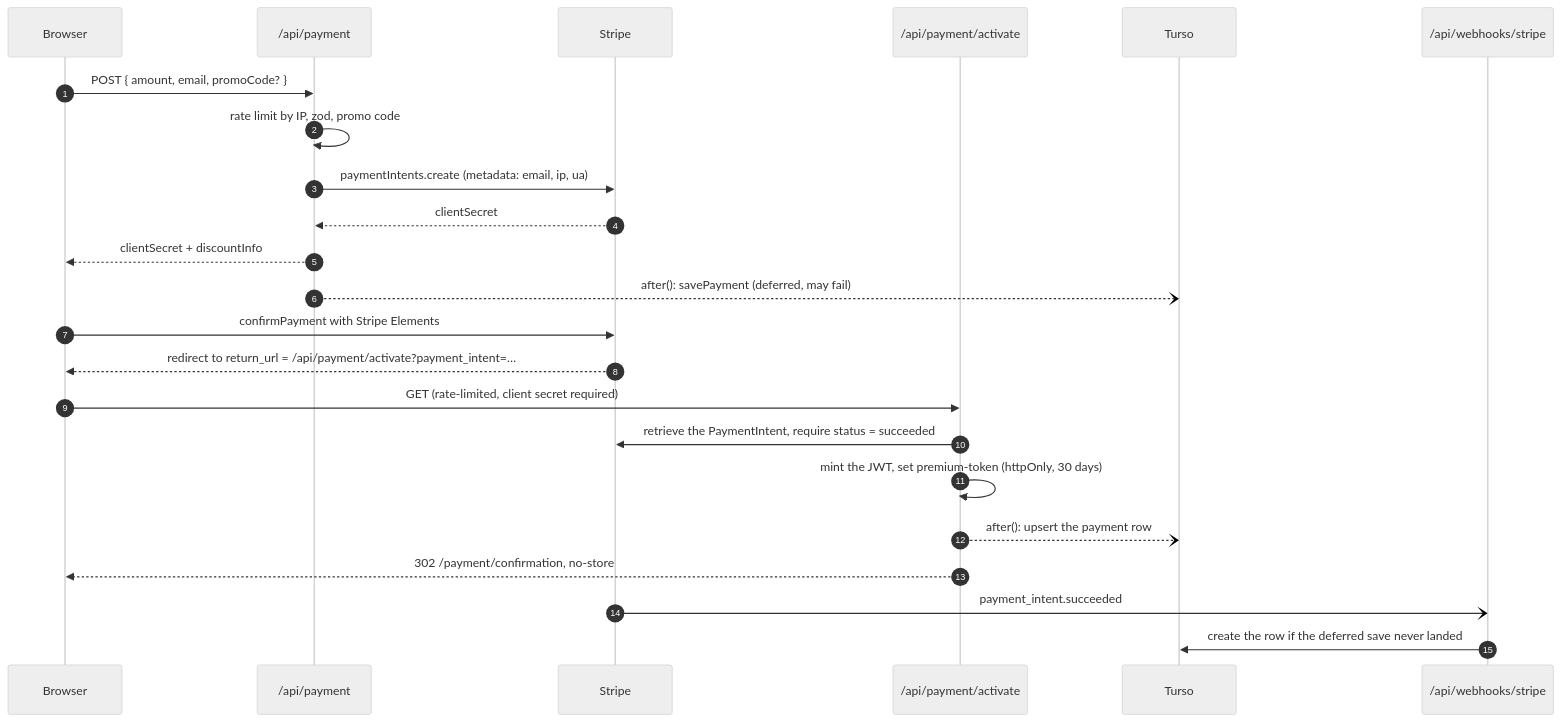
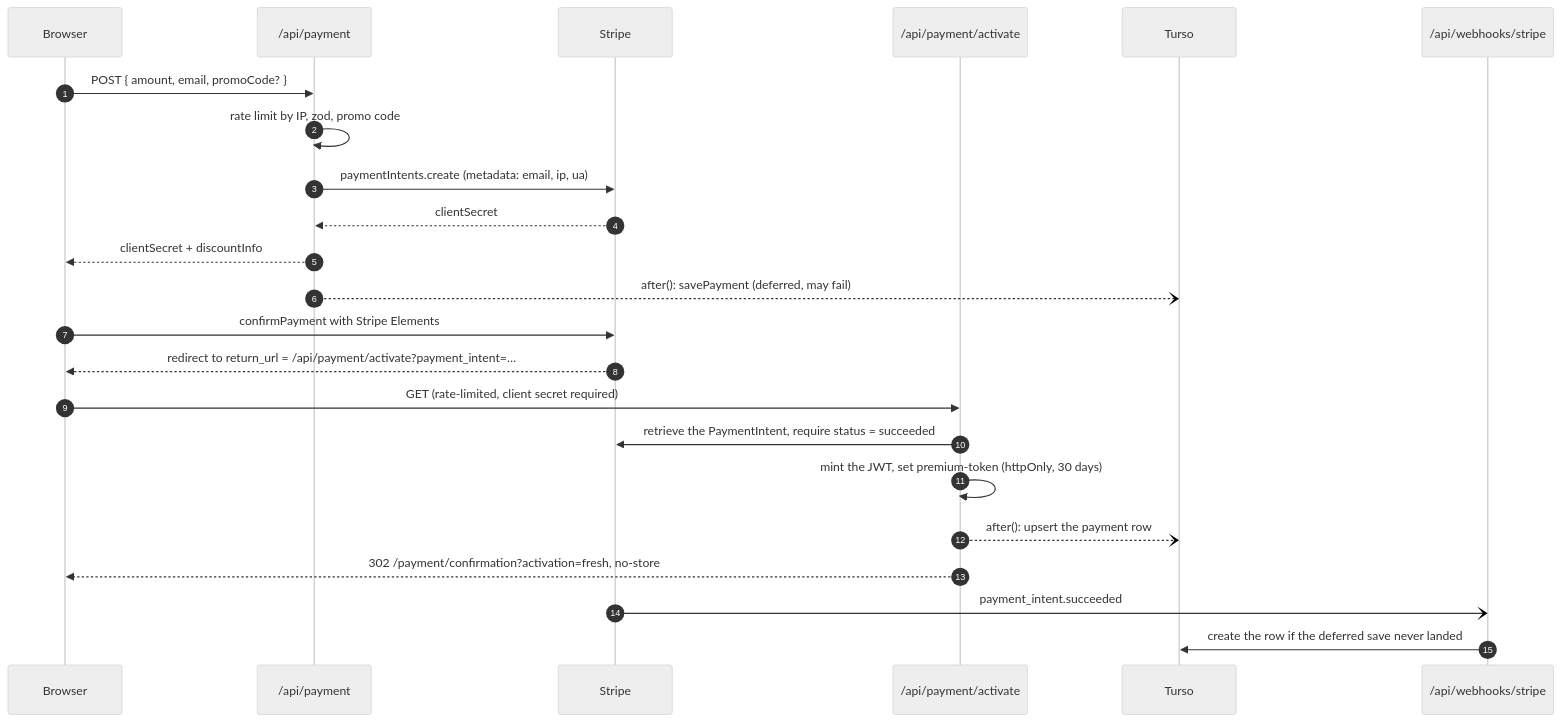
One commit to fbuireu/forever-pto changed the diagram in apps/docs/src/content/docs/how-it-works/premium.mdx. Above: the diagram before and after it, drawn with Mermaid (neutral theme). The commit also changed 64 other files, not shown here.

````diff
--- a/apps/docs/src/content/docs/how-it-works/premium.mdx
+++ b/apps/docs/src/content/docs/how-it-works/premium.mdx
@@ -9,25 +9,25 @@
 ```mermaid
 sequenceDiagram
   autonumber
   participant U as Browser
   participant API as /api/payment
   participant S as Stripe
   participant ACT as /api/payment/activate
   participant DB as Turso
   participant WH as /api/webhooks/stripe
   U->>API: POST { amount, email, promoCode? }
   API->>API: rate limit by IP, zod, promo code
   API->>S: paymentIntents.create (metadata: email, ip, ua)
   S-->>API: clientSecret
   API-->>U: clientSecret + discountInfo
   API--)DB: after(): savePayment (deferred, may fail)
   U->>S: confirmPayment with Stripe Elements
   S-->>U: redirect to return_url = /api/payment/activate?payment_intent=…
   U->>ACT: GET (rate-limited, client secret required)
   ACT->>S: retrieve the PaymentIntent, require status = succeeded
   ACT->>ACT: mint the JWT, set premium-token (httpOnly, 30 days)
   ACT--)DB: after(): upsert the payment row
-  ACT-->>U: 302 /payment/confirmation, no-store
+  ACT-->>U: 302 /payment/confirmation?activation=fresh, no-store
   S-)WH: payment_intent.succeeded
   WH->>DB: create the row if the deferred save never landed
 ```
````
